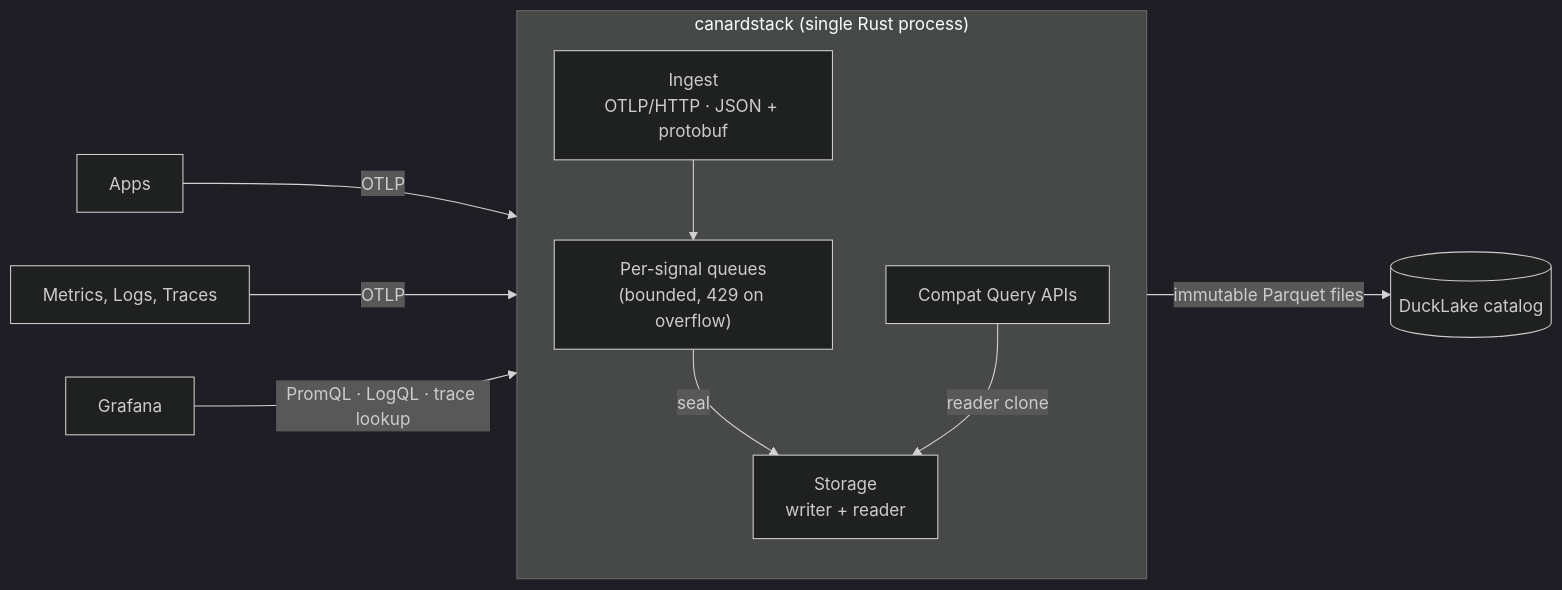
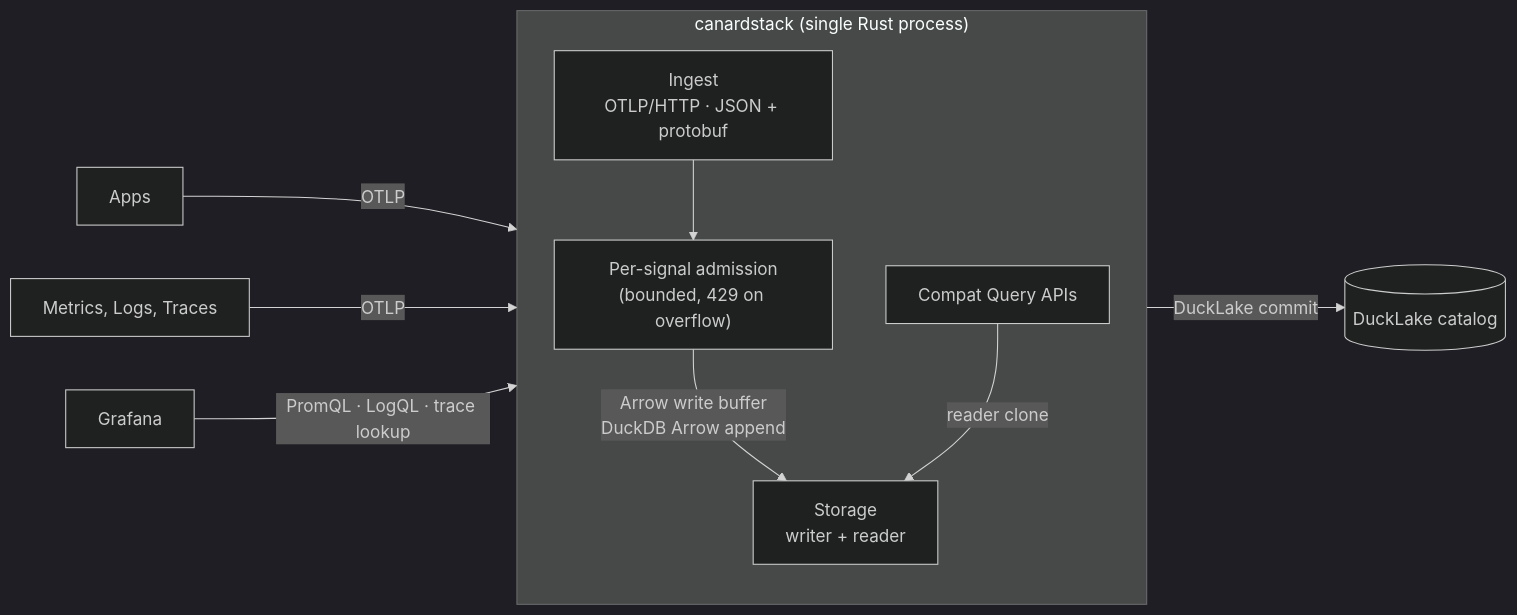
The diagram in README.md (smithclay/canardstack), drawn with Mermaid (dark theme) before and after one commit. The commit also changed other lines of this file and 34 other files, not shown here.

Commit message:
feat(storage): make arrow append the write path

````diff
--- a/README.md
+++ b/README.md
@@ -157,22 +157,22 @@
 ```mermaid
 flowchart LR
     Collector["Metrics, Logs, Traces"]
     Grafana["Grafana"]
 
     subgraph Canardstack["canardstack (single Rust process)"]
         direction TB
         Ingest["Ingest<br/>OTLP/HTTP · JSON + protobuf"]
-        Queues["Per-signal queues<br/>(bounded, 429 on overflow)"]
+        Queues["Per-signal admission<br/>(bounded, 429 on overflow)"]
         Storage["Storage<br/>writer + reader"]
         Compat["Compat Query APIs"]
         Ingest --> Queues
-        Queues -->|seal| Storage
+        Queues -->|Arrow write buffer<br/>DuckDB Arrow append| Storage
         Compat -->|reader clone| Storage
     end
 
     Apps -->|OTLP| Ingest
     Collector -->|OTLP| Ingest
     Grafana -->|PromQL · LogQL · trace lookup| Compat
 
-    Storage -->|immutable Parquet files| Lake[("DuckLake catalog<br/>")]
+    Storage -->|DuckLake commit| Lake[("DuckLake catalog<br/>")]
 ```
````
